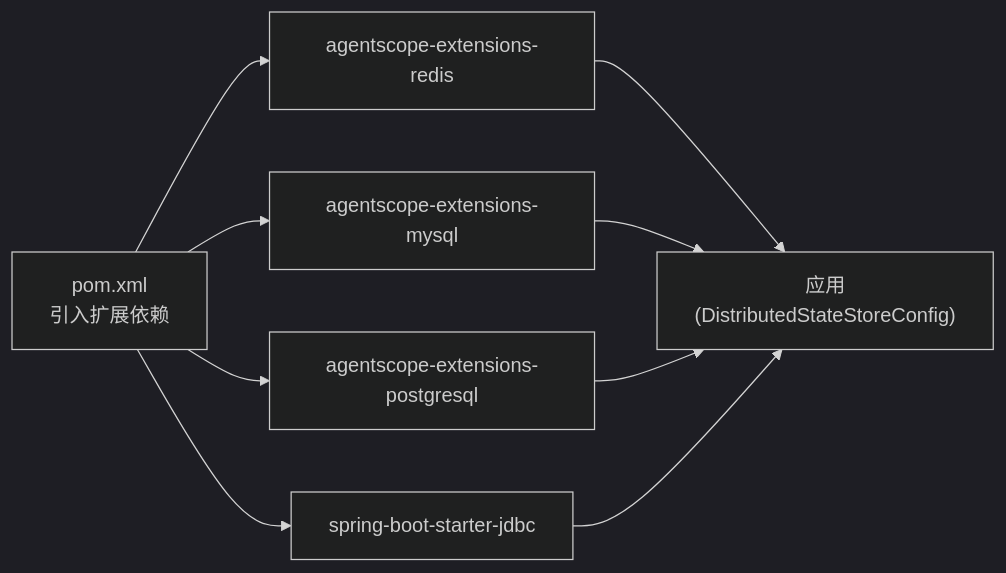
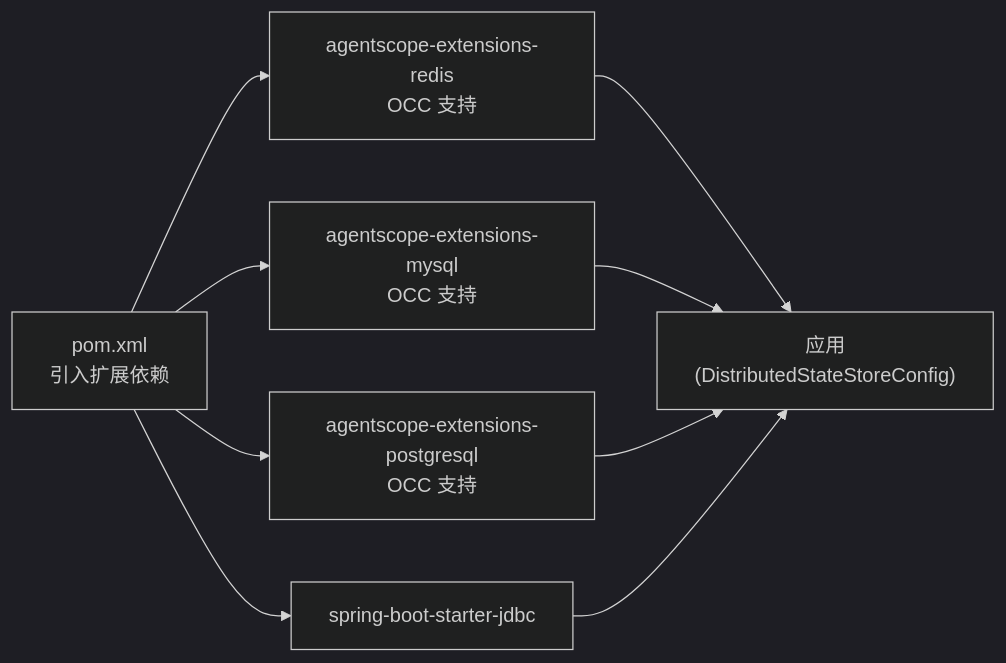
One commit to tinyhu/agentscope-demo changed the fifth of 6 diagrams in .qoder/repowiki/zh/content/部署与运维/存储后端配置.md. Above: the diagram before and after it, drawn with Mermaid (dark theme). The commit also changed other lines of this file and 111 other files, not shown here.

````diff
--- a/.qoder/repowiki/zh/content/部署与运维/存储后端配置.md
+++ b/.qoder/repowiki/zh/content/部署与运维/存储后端配置.md
@@ -169,11 +192,11 @@
 ```mermaid
 graph LR
-    P["pom.xml<br/>引入扩展依赖"] --> R["agentscope-extensions-redis"]
-    P --> M["agentscope-extensions-mysql"]
-    P --> PG["agentscope-extensions-postgresql"]
-    P --> JDBC["spring-boot-starter-jdbc"]
-    R --> App["应用(DistributedStateStoreConfig)"]
-    M --> App
-    PG --> App
-    JDBC --> App
+P["pom.xml<br/>引入扩展依赖"] --> R["agentscope-extensions-redis<br/>OCC 支持"]
+P --> M["agentscope-extensions-mysql<br/>OCC 支持"]
+P --> PG["agentscope-extensions-postgresql<br/>OCC 支持"]
+P --> JDBC["spring-boot-starter-jdbc"]
+R --> App["应用(DistributedStateStoreConfig)"]
+M --> App
+PG --> App
+JDBC --> App
 ```
````
